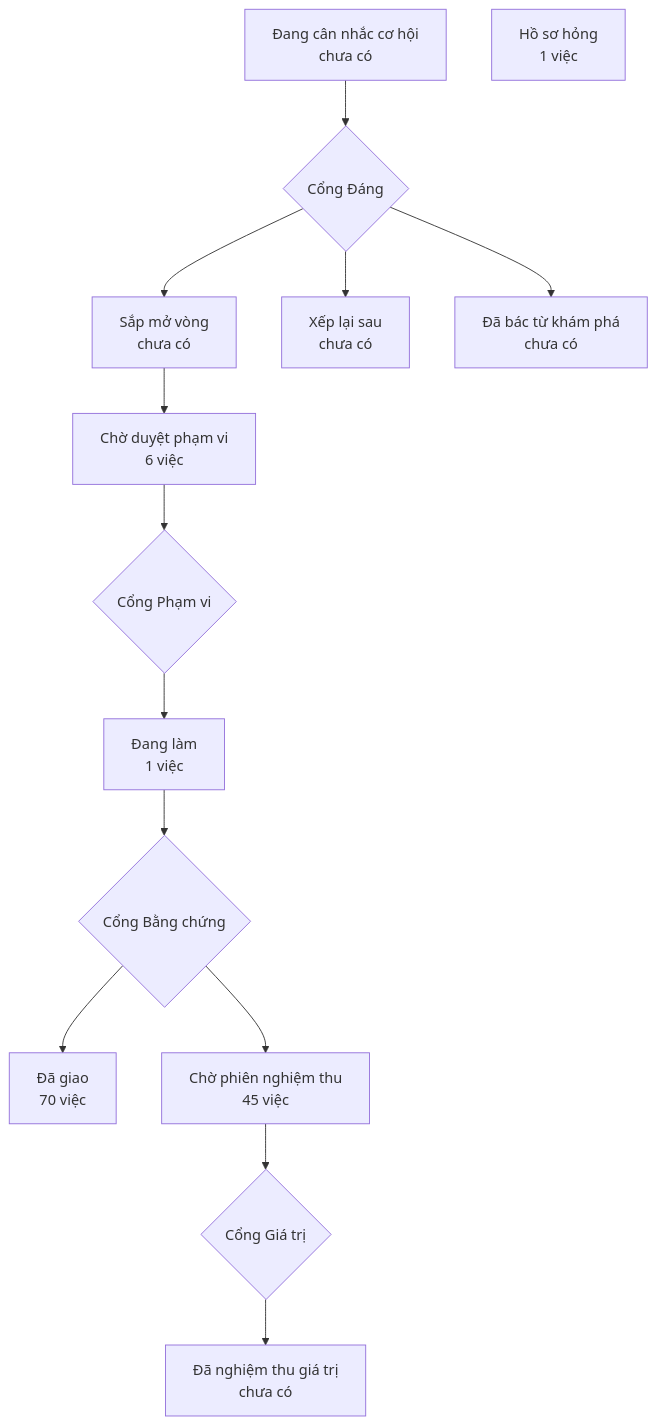
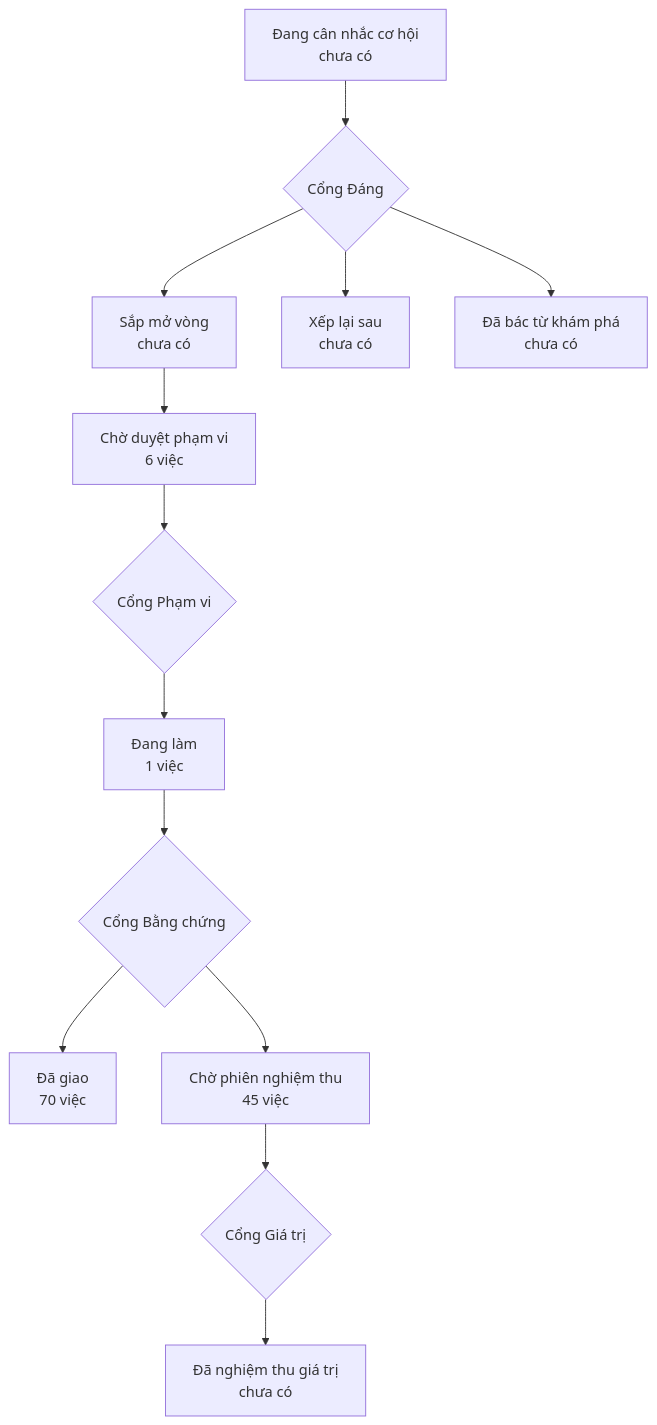
The diagram in PRODUCT-MAP.md (phanlemanh/onehub-invest), drawn with Mermaid before and after one commit. The commit also changed other lines of this file and 6 other files, not shown here.

````diff
--- a/PRODUCT-MAP.md
+++ b/PRODUCT-MAP.md
@@ -7,13 +7,12 @@
 ```mermaid
 flowchart TD
   A["Đang cân nhắc cơ hội<br/>chưa có"] --> GD{"Cổng Đáng"}
   GD --> B["Sắp mở vòng<br/>chưa có"]
   GD --> XL["Xếp lại sau<br/>chưa có"]
   GD --> DB["Đã bác từ khám phá<br/>chưa có"]
   B --> CD["Chờ duyệt phạm vi<br/>6 việc"] --> GP{"Cổng Phạm vi"}
   GP --> DL["Đang làm<br/>1 việc"] --> GB{"Cổng Bằng chứng"}
   GB --> DG["Đã giao<br/>70 việc"]
   GB --> CN["Chờ phiên nghiệm thu<br/>45 việc"] --> GG{"Cổng Giá trị"}
   GG --> NT["Đã nghiệm thu giá trị<br/>chưa có"]
-  HS["Hồ sơ hỏng<br/>1 việc"]
 ```
````
